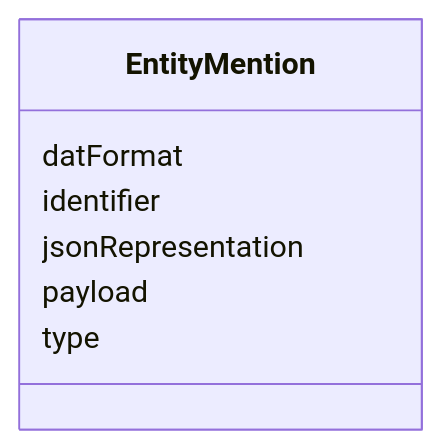
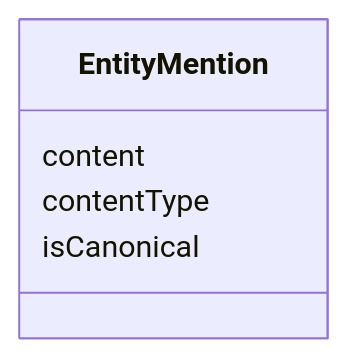
The diagram in docs/schema/EntityMention.md (OP-TED/entity-resolution-spec), drawn with Mermaid before and after one commit. The commit also changed other lines of this file and 41 other files, not shown here.

Commit message:
feat: introduce the LinkML schema based on recent discussions

````diff
--- a/docs/schema/EntityMention.md
+++ b/docs/schema/EntityMention.md
@@ -26,16 +22,12 @@
 ```mermaid
  classDiagram
     class EntityMention
     click EntityMention href "../EntityMention/"
-      EntityMention : datFormat
+      EntityMention : content
         
-      EntityMention : identifier
+      EntityMention : contentType
         
-      EntityMention : jsonRepresentation
-        
-      EntityMention : payload
-        
-      EntityMention : type
+      EntityMention : isCanonical
         
       
 ```
````
